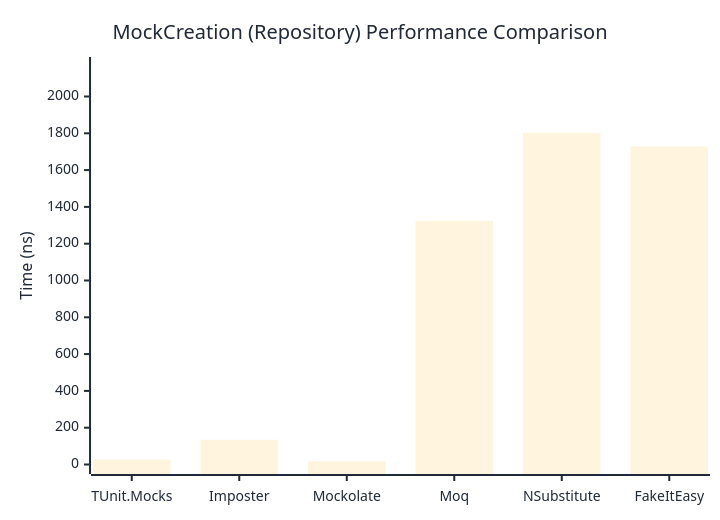
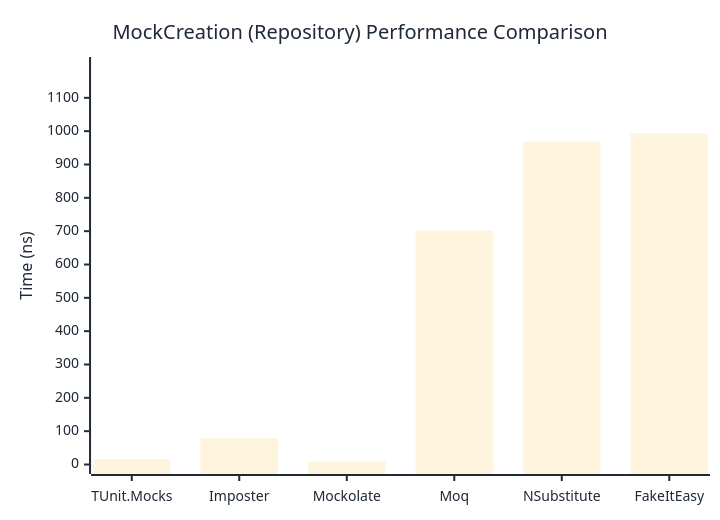
Before and after one commit to thomhurst/TUnit: the second of 2 diagrams in docs/docs/benchmarks/mocks/MockCreation.md, drawn with Mermaid. The commit also changed other lines of this file and 14 other files, not shown here.

````diff
--- a/docs/docs/benchmarks/mocks/MockCreation.md
+++ b/docs/docs/benchmarks/mocks/MockCreation.md
@@ -71,27 +71,27 @@
 ```mermaid
 %%{init: {
   'theme':'base',
   'themeVariables': {
     'primaryColor': '#2563eb',
     'primaryTextColor': '#1f2937',
     'primaryBorderColor': '#1e40af',
     'lineColor': '#6b7280',
     'secondaryColor': '#7c3aed',
     'tertiaryColor': '#dc2626',
     'background': '#ffffff',
     'pie1': '#2563eb',
     'pie2': '#7c3aed',
     'pie3': '#dc2626',
     'pie4': '#f59e0b',
     'pie5': '#10b981',
     'pie6': '#06b6d4',
     'pie7': '#ec4899',
     'pie8': '#6366f1'
   }
 }}%%
 xychart-beta
   title "MockCreation (Repository) Performance Comparison"
   x-axis ["TUnit.Mocks", "Imposter", "Mockolate", "Moq", "NSubstitute", "FakeItEasy"]
-  y-axis "Time (ns)" 0 --> 2163
-  bar [27.01, 134.08, 16.54, 1324.31, 1802.45, 1728.12]
+  y-axis "Time (ns)" 0 --> 1194
+  bar [15.867, 79.456, 9.481, 701.746, 968.47, 994.231]
 ```
````
